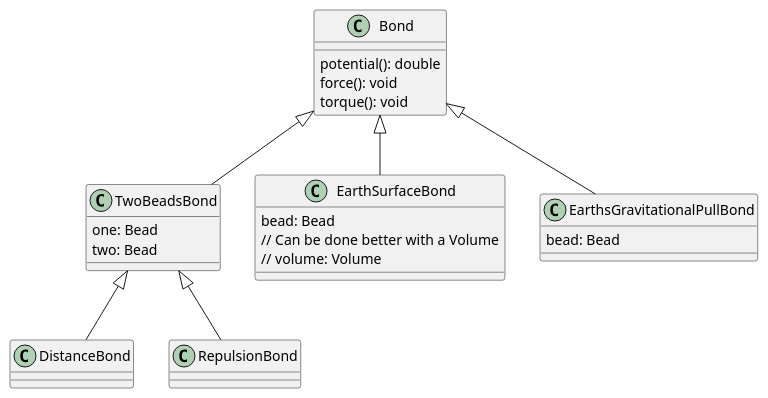
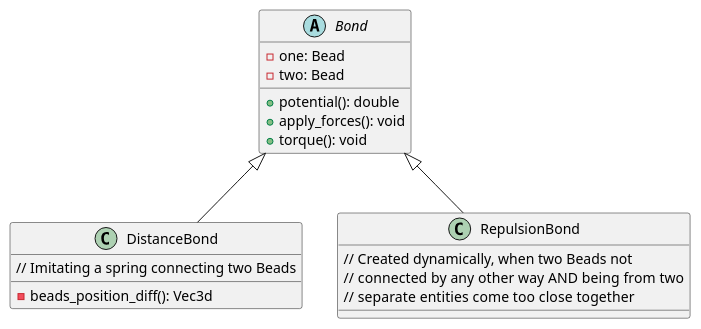
The third of 3 diagrams in README.md (MTDzi/bead_gym), drawn with PlantUML before and after one commit. The commit also changed other lines of this file and 2 other files, not shown here.

````diff
--- a/README.md
+++ b/README.md
@@ -108,40 +121,28 @@
 ```plantuml
 @startuml
 
-class Bond {
-    potential(): double
-    force(): void
-    torque(): void
-}
+abstract class Bond {
+    - one: Bead
+    - two: Bead
 
-class TwoBeadsBond {
-    one: Bead
-    two: Bead
+    + potential(): double
+    + apply_forces(): void
+    + torque(): void
 }
 
 class DistanceBond {
-
+    // Imitating a spring connecting two Beads
+    - beads_position_diff(): Vec3d
 }
 
 class RepulsionBond {
-
+    // Created dynamically, when two Beads not
+    //  connected by any other way AND being from two
+    //  separate entities come too close together
 }
 
-class EarthSurfaceBond {
-    bead: Bead
-    // Can be done better with a Volume
-    // volume: Volume
-}
-
-class EarthsGravitationalPullBond {
-    bead: Bead
-}
-
-Bond <|-- TwoBeadsBond
-TwoBeadsBond <|-- DistanceBond
-TwoBeadsBond <|-- RepulsionBond
-Bond <|-- EarthSurfaceBond
-Bond <|-- EarthsGravitationalPullBond
+Bond <|-- DistanceBond
+Bond <|-- RepulsionBond
 
 @enduml
 ```
````
